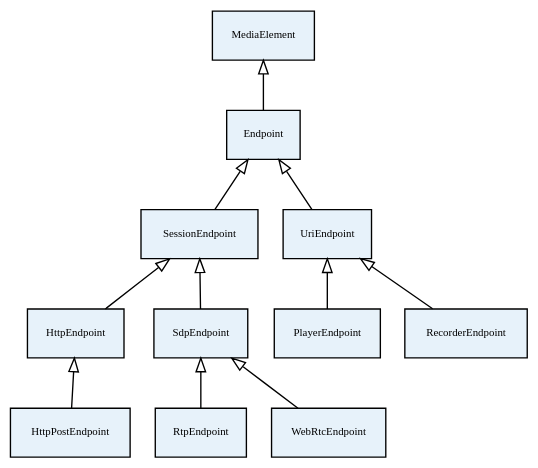
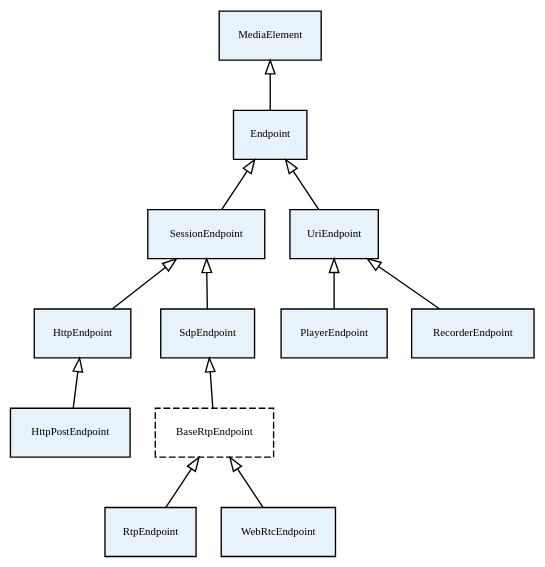
Before and after one commit to Kurento/doc-kurento-readthedocs: the diagram in source/images/graphs/endpoints.dot, drawn with Graphviz. The commit also changed 10 other files, not shown here.

```diff
--- a/source/images/graphs/endpoints.dot
+++ b/source/images/graphs/endpoints.dot
@@ -1,36 +1,39 @@
 digraph endpoints {
   bgcolor = "transparent";
   fontname = "Bitstream Vera Sans";
   fontsize = 8;
   size = "12,8";
 
   node [
     fillcolor = "#E7F2FA";
     fontname = "Bitstream Vera Sans";
     fontsize = 8;
     shape = "record";
     style = "filled";
   ]
 
   edge [
     arrowtail = "empty";
     dir = "back";
     fontname = "Bitstream Vera Sans";
     fontsize = 8;
   ]
 
   "MediaElement" -> "Endpoint";
   "Endpoint" -> "SessionEndpoint";
   "Endpoint" -> "UriEndpoint";
 
   "SessionEndpoint" -> "HttpEndpoint";
   "SessionEndpoint" -> "SdpEndpoint";
 
   "HttpEndpoint" -> "HttpPostEndpoint";
 
-  "SdpEndpoint" -> "RtpEndpoint";
-  "SdpEndpoint" -> "WebRtcEndpoint";
+  "BaseRtpEndpoint" [style = "dashed"];
+  "SdpEndpoint" -> "BaseRtpEndpoint";
+
+  "BaseRtpEndpoint" -> "RtpEndpoint";
+  "BaseRtpEndpoint" -> "WebRtcEndpoint";
 
   "UriEndpoint" -> "PlayerEndpoint";
   "UriEndpoint" -> "RecorderEndpoint";
 }
```
